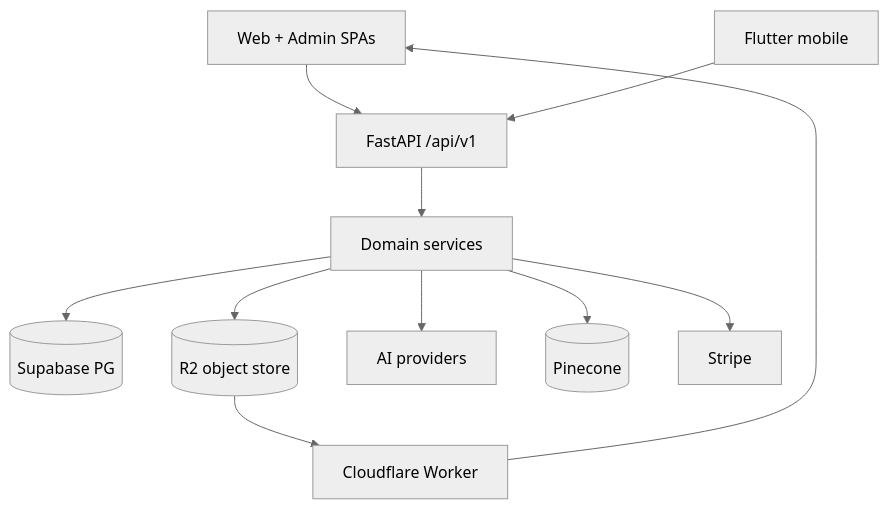
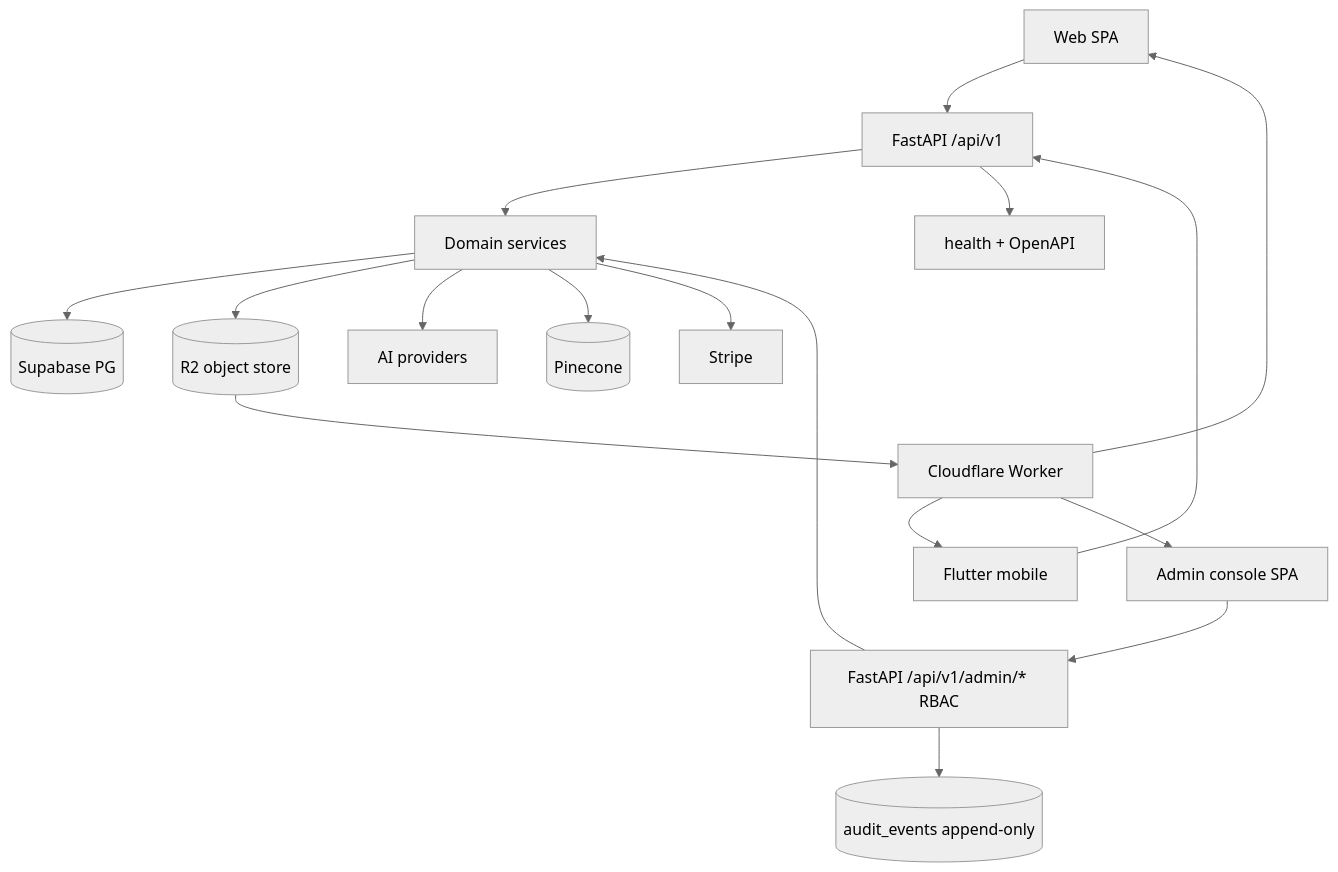
Before and after one commit to 360ghar/fitcheck-ai: the diagram in ARCHITECTURE.md, drawn with Mermaid (neutral theme). The commit also changed other lines of this file and 42 other files, not shown here.

````diff
--- a/ARCHITECTURE.md
+++ b/ARCHITECTURE.md
@@ -24,13 +16,19 @@
 ```mermaid
 flowchart TD
-    Web[Web + Admin SPAs] --> API[FastAPI /api/v1]
+    Web[Web SPA] --> API[FastAPI /api/v1]
     Mobile[Flutter mobile] --> API
-    API --> SVC[Domain services]
+    Admin[Admin console SPA] --> ADMIN_API[FastAPI /api/v1/admin/* RBAC]
+    ADMIN_API --> SVC[Domain services]
+    ADMIN_API --> AUDIT[(audit_events append-only)]
+    API --> SVC
+    API --> HC[health + OpenAPI]
     SVC --> DB[(Supabase PG)]
     SVC --> R2[(R2 object store)]
     SVC --> AI[AI providers]
     SVC --> VEC[(Pinecone)]
     SVC --> STR[Stripe]
     R2 --> IMG[Cloudflare Worker]
     IMG --> Web
+    IMG --> Mobile
+    IMG --> Admin
 ```
````
